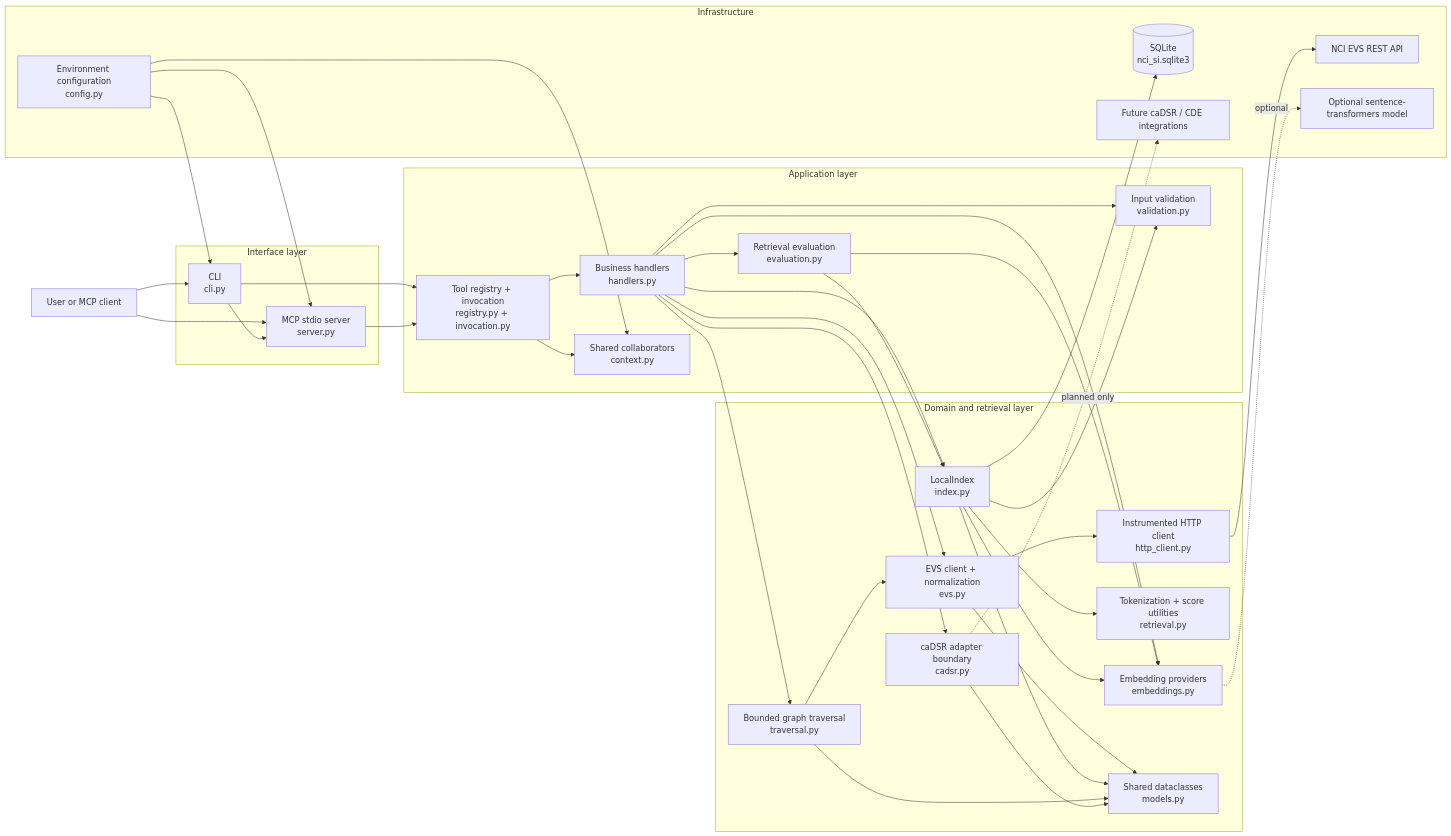
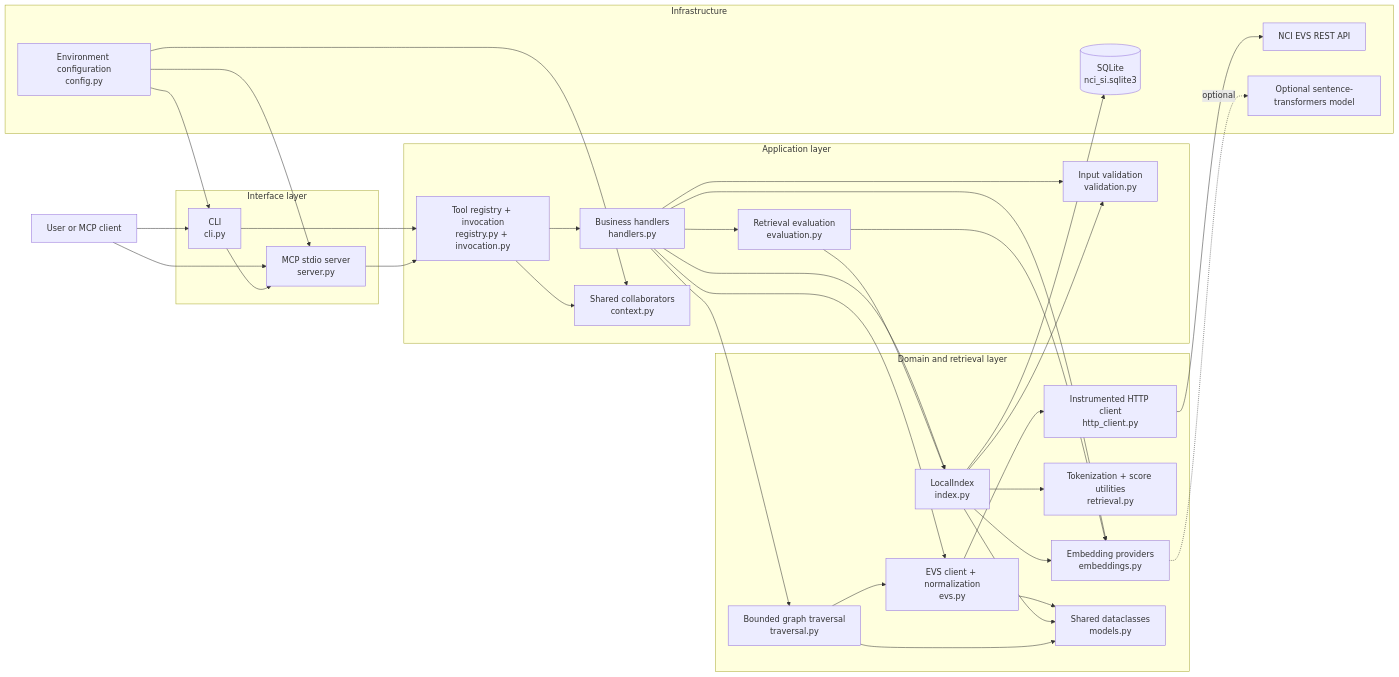
The first of 2 diagrams in ARCHITECTURE.md (CBIIT/nci-si-mcp), drawn with Mermaid before and after one commit. The commit also changed other lines of this file and 39 other files, not shown here.

````diff
--- a/ARCHITECTURE.md
+++ b/ARCHITECTURE.md
@@ -9,72 +9,67 @@
 ```mermaid
 flowchart LR
     User["User or MCP client"]
 
     subgraph Interfaces["Interface layer"]
         CLI["CLI<br/>cli.py"]
         MCP["MCP stdio server<br/>server.py"]
     end
 
     subgraph Application["Application layer"]
         Registry["Tool registry + invocation<br/>registry.py + invocation.py"]
         Handlers["Business handlers<br/>handlers.py"]
         Context["Shared collaborators<br/>context.py"]
         Validation["Input validation<br/>validation.py"]
         Eval["Retrieval evaluation<br/>evaluation.py"]
     end
 
     subgraph Domain["Domain and retrieval layer"]
         EVS["EVS client + normalization<br/>evs.py"]
         Http["Instrumented HTTP client<br/>http_client.py"]
         Index["LocalIndex<br/>index.py"]
         Retrieval["Tokenization + score utilities<br/>retrieval.py"]
         Embeddings["Embedding providers<br/>embeddings.py"]
         Traversal["Bounded graph traversal<br/>traversal.py"]
-        Cadsr["caDSR adapter boundary<br/>cadsr.py"]
         Models["Shared dataclasses<br/>models.py"]
     end
 
     subgraph Infrastructure["Infrastructure"]
         EVSAPI["NCI EVS REST API"]
         SQLite[("SQLite<br/>nci_si.sqlite3")]
         ST["Optional sentence-transformers model"]
-        FutureCadsr["Future caDSR / CDE integrations"]
         Env["Environment configuration<br/>config.py"]
     end
 
     User --> CLI
     User --> MCP
     CLI --> Registry
     CLI --> MCP
     MCP --> Registry
 
     Env --> CLI
     Env --> MCP
     Handlers --> Validation
     Handlers --> EVS
     Handlers --> Index
     Handlers --> Traversal
-    Handlers --> Cadsr
     Handlers --> Embeddings
     Handlers --> Eval
     Env --> Context
     Registry --> Handlers
     Registry --> Context
     Eval --> Index
     Eval --> Embeddings
     Index --> Validation
 
     EVS --> Http
     Http --> EVSAPI
     Traversal --> EVS
     Index --> Retrieval
     Index --> Embeddings
     Index --> SQLite
     Embeddings -. "optional" .-> ST
-    Cadsr -. "planned only" .-> FutureCadsr
 
     EVS --> Models
     Index --> Models
     Traversal --> Models
-    Cadsr --> Models
 ```
````
